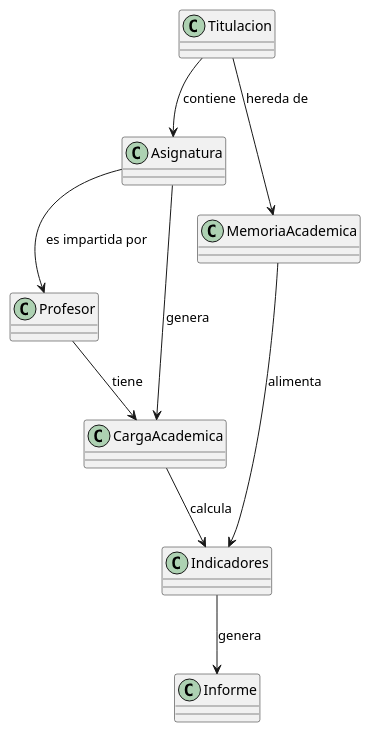
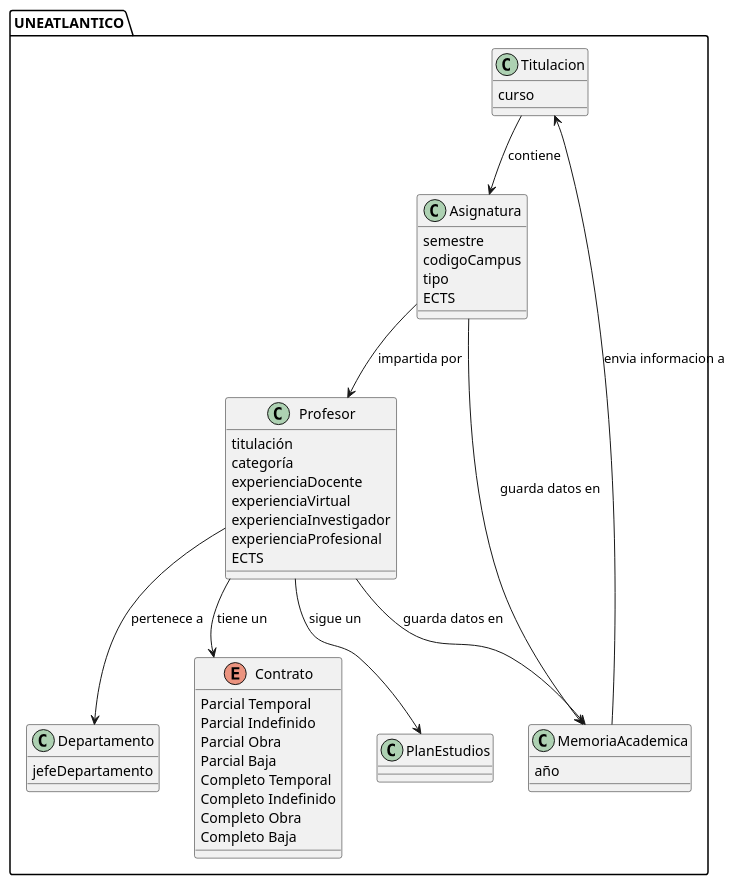
The diagram in modelosUML/DiagramaDeClases.puml (mmasias/24-25-IdSw1-SDR), drawn with PlantUML before and after one commit.

Commit message:
Nuevo Enfoque DiagramaDeClases

```diff
--- a/modelosUML/DiagramaDeClases.puml
+++ b/modelosUML/DiagramaDeClases.puml
@@ -1,18 +1,60 @@
 @startuml
-class Titulacion
-class Asignatura
-class Profesor
-class CargaAcademica
-class MemoriaAcademica
-class Indicadores
-class Informe
+package UNEATLANTICO{
 
-Titulacion  --> Asignatura : contiene
-Asignatura  --> Profesor : es impartida por
-Asignatura  --> CargaAcademica : genera
-Profesor  --> CargaAcademica : tiene
-Titulacion  -->  MemoriaAcademica : hereda de
-MemoriaAcademica  --> Indicadores : alimenta
-CargaAcademica --> Indicadores : calcula
-Indicadores  --> Informe : genera
+class Titulacion{
+curso
+}
+
+class Departamento{
+jefeDepartamento
+
+}
+
+class Profesor{
+titulación
+categoría
+experienciaDocente
+experienciaVirtual
+experienciaInvestigador
+experienciaProfesional 
+ECTS
+}
+
+Enum Contrato{
+Parcial Temporal
+Parcial Indefinido
+Parcial Obra
+Parcial Baja
+Completo Temporal
+Completo Indefinido
+Completo Obra
+Completo Baja
+}
+
+class Asignatura{ 
+semestre 
+codigoCampus
+tipo 
+ECTS 
+}
+
+class PlanEstudios{
+}
+
+class MemoriaAcademica{
+año
+}
+
+
+}
+
+Titulacion --> Asignatura : contiene
+Asignatura --> Profesor : impartida por
+Profesor --> Departamento : pertenece a
+Profesor --> Contrato : tiene un
+Profesor --> PlanEstudios : sigue un 
+MemoriaAcademica --> Titulacion : envia informacion a 
+Asignatura --> MemoriaAcademica : guarda datos en
+Profesor --> MemoriaAcademica : guarda datos en 
+
 @enduml
```
